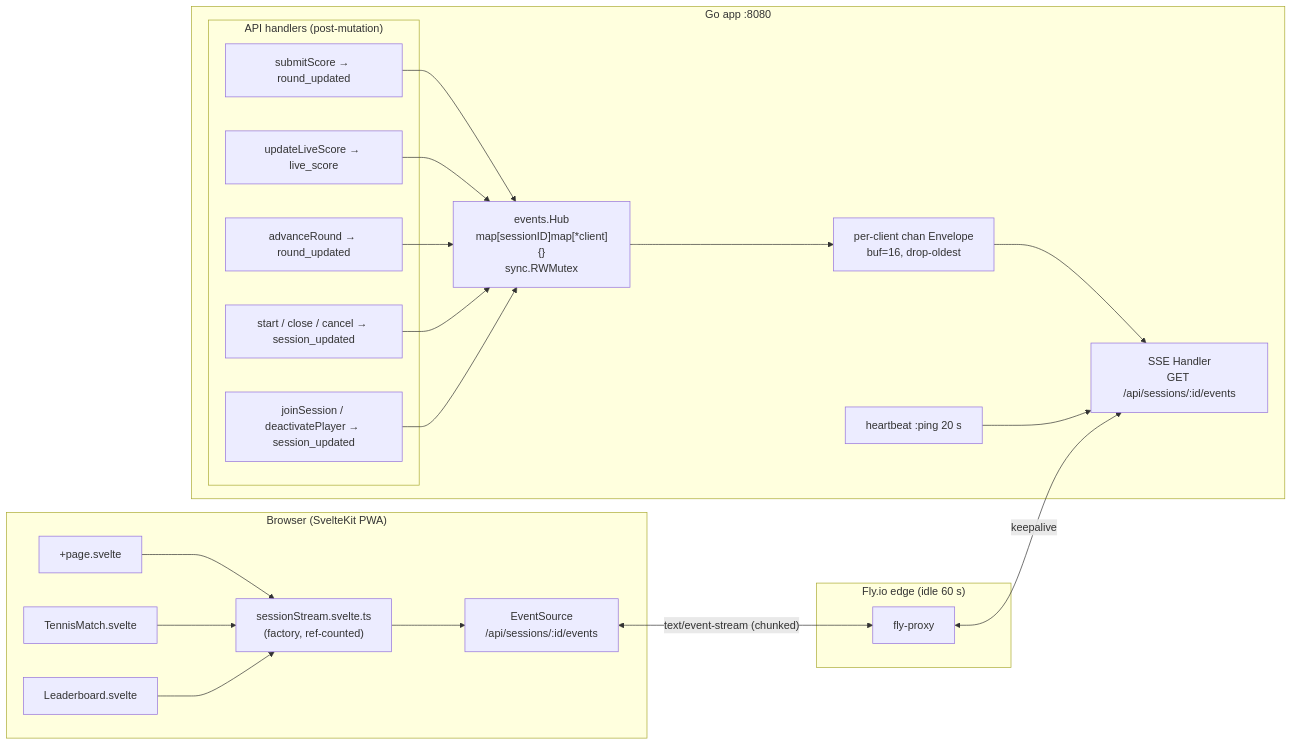
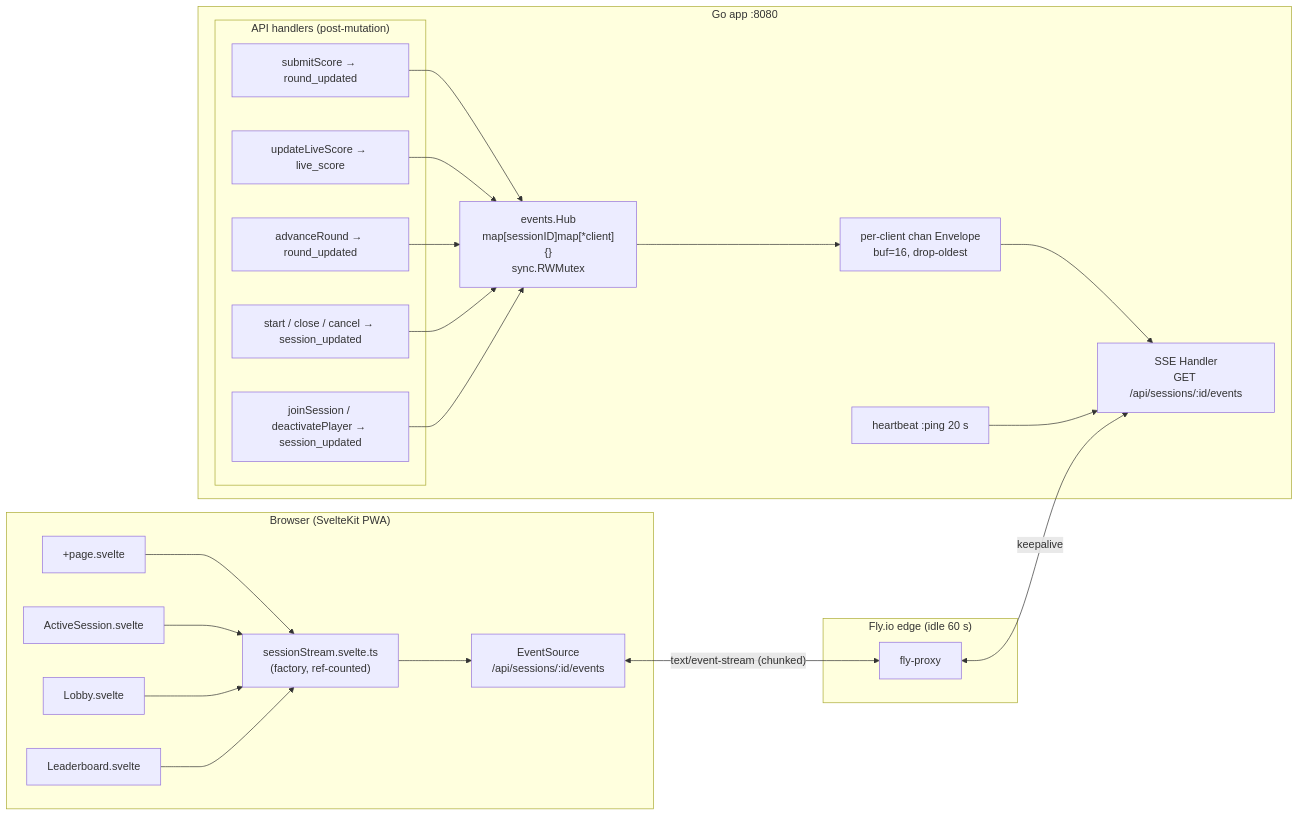
Before and after one commit to Fabianthorsen/OpenPadel: the diagram in ARCHITECTURE.md, drawn with Mermaid. The commit also changed other lines of this file and 15 other files, not shown here.

````diff
--- a/ARCHITECTURE.md
+++ b/ARCHITECTURE.md
@@ -183,45 +178,47 @@
 ```mermaid
 flowchart LR
     subgraph Browser["Browser (SvelteKit PWA)"]
         P["+page.svelte"]
-        T["TennisMatch.svelte"]
+        A["ActiveSession.svelte"]
+        LO["Lobby.svelte"]
         L["Leaderboard.svelte"]
         S["sessionStream.svelte.ts\n(factory, ref-counted)"]
         ES["EventSource\n/api/sessions/:id/events"]
         P --> S
-        T --> S
+        A --> S
+        LO --> S
         L --> S
         S --> ES
     end
 
     subgraph Edge["Fly.io edge (idle 60 s)"]
         LB["fly-proxy"]
     end
 
     subgraph Go["Go app :8080"]
         H["SSE Handler\nGET /api/sessions/:id/events"]
         HUB["events.Hub\nmap[sessionID]map[*client]{}\nsync.RWMutex"]
         FAN["per-client chan Envelope\nbuf=16, drop-oldest"]
         HB["heartbeat :ping 20 s"]
 
         subgraph Mutations["API handlers (post-mutation)"]
             RS["submitScore → round_updated"]
             LS["updateLiveScore → live_score"]
             AD["advanceRound → round_updated"]
             SE["start / close / cancel → session_updated"]
             PL["joinSession / deactivatePlayer → session_updated"]
         end
 
         RS --> HUB
         LS --> HUB
         AD --> HUB
         SE --> HUB
         PL --> HUB
         HUB --> FAN
         FAN --> H
         HB --> H
     end
 
     ES <-- "text/event-stream (chunked)" --> LB
     LB <-- keepalive --> H
 ```
````
